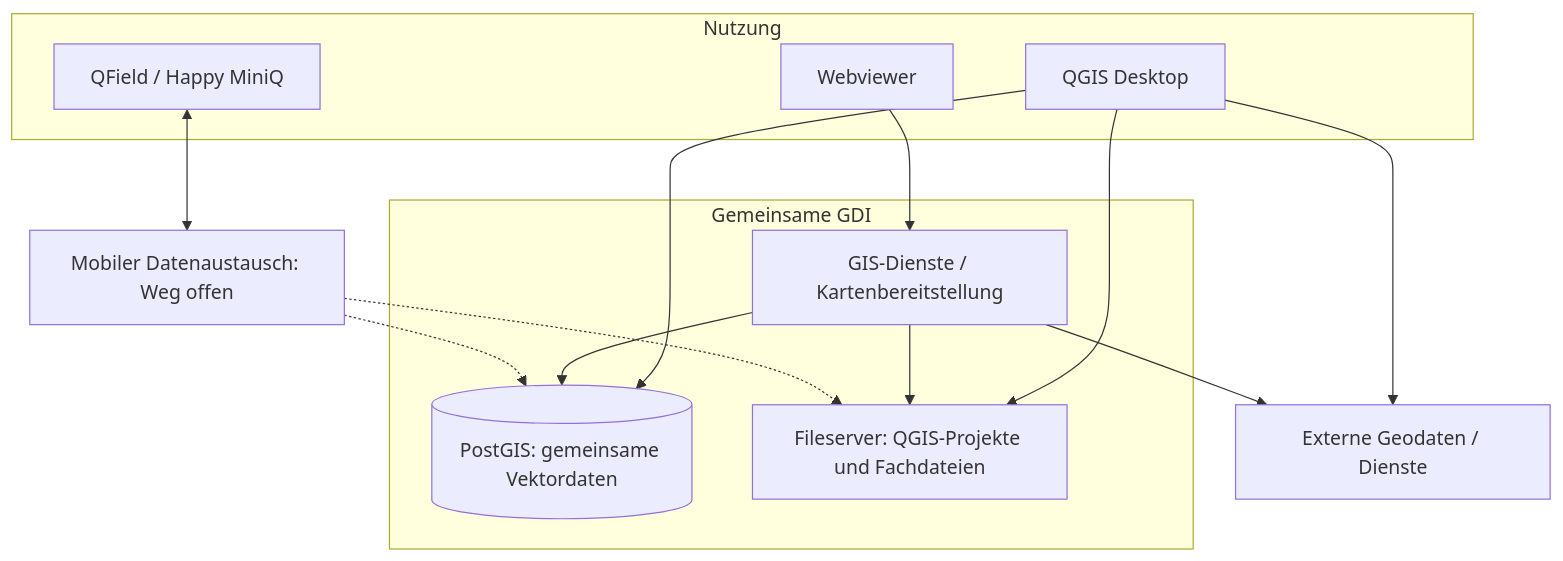
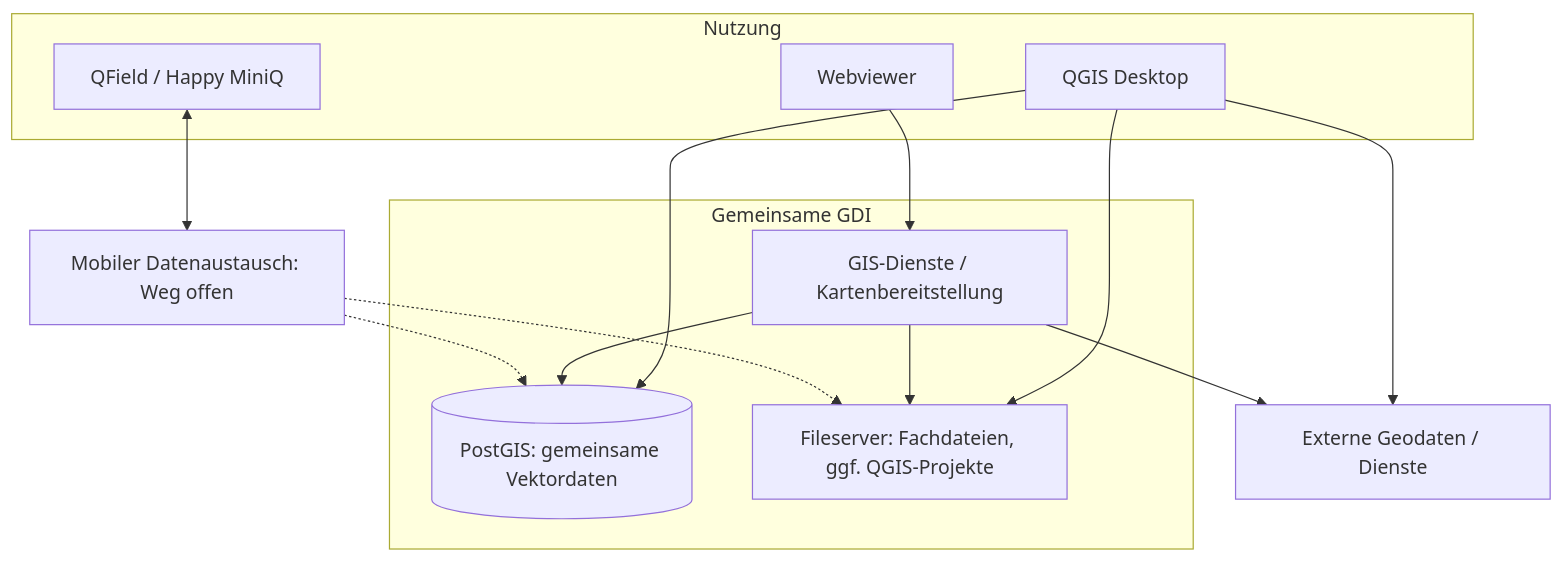
One commit to JoergHippe/VIC-GDI changed the diagram in docs/03_ARCHITEKTUR.md. Above: the diagram before and after it, drawn with Mermaid. The commit also changed other lines of this file, not shown here.

Commit message:
docs(K3): Fachquellen schärfen und doppelte Erläuterungen reduzieren

````diff
--- a/docs/03_ARCHITEKTUR.md
+++ b/docs/03_ARCHITEKTUR.md
@@ -22,25 +22,25 @@
 ```mermaid
 flowchart TB
   subgraph Nutzung["Nutzung"]
     Desktop["QGIS Desktop"]
     Web["Webviewer"]
     Mobile["QField / Happy MiniQ"]
   end
   subgraph Plattform["Gemeinsame GDI"]
     Map["GIS-Dienste / Kartenbereitstellung"]
     Data[("PostGIS: gemeinsame Vektordaten")]
-    Files["Fileserver: QGIS-Projekte und Fachdateien"]
+    Files["Fileserver: Fachdateien, ggf. QGIS-Projekte"]
   end
   External["Externe Geodaten / Dienste"]
   MobileSync["Mobiler Datenaustausch: Weg offen"]
   Desktop --> Data
   Desktop --> Files
   Desktop --> External
   Web --> Map
   Map --> Data
   Map --> Files
   Map --> External
   Mobile <--> MobileSync
   MobileSync -.-> Data
   MobileSync -.-> Files
 ```
````
